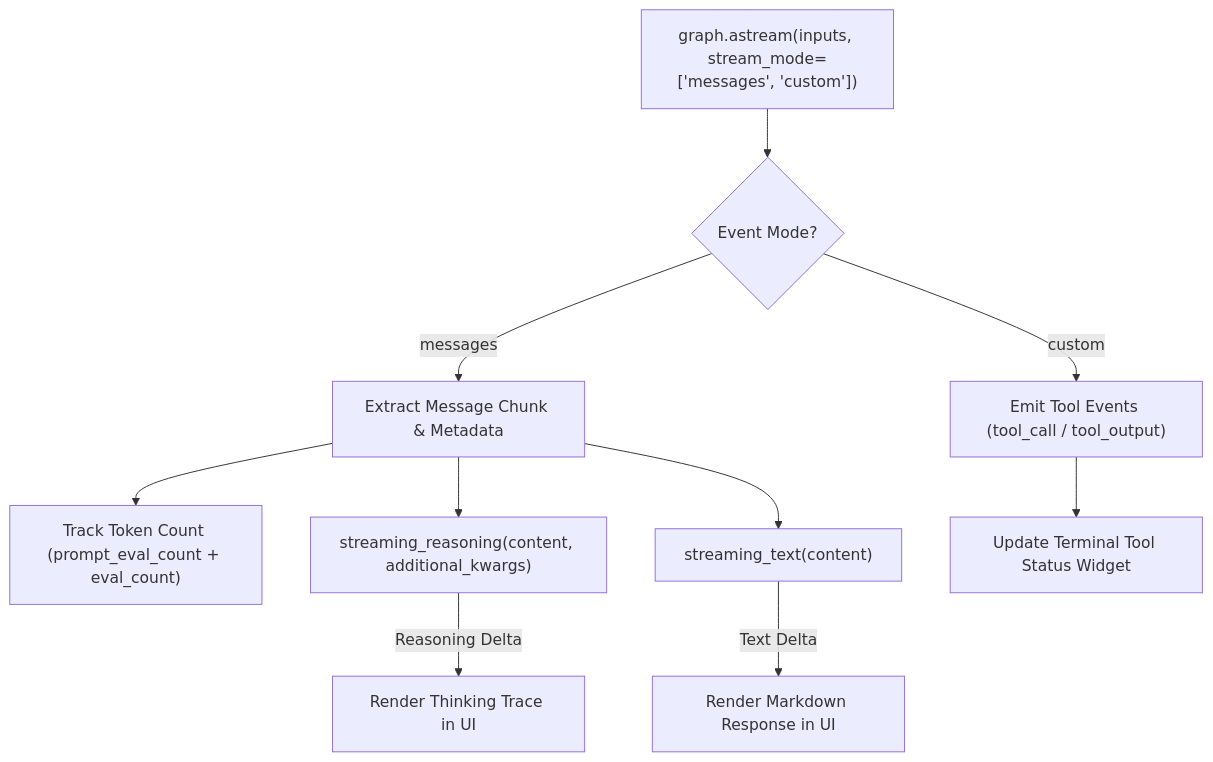
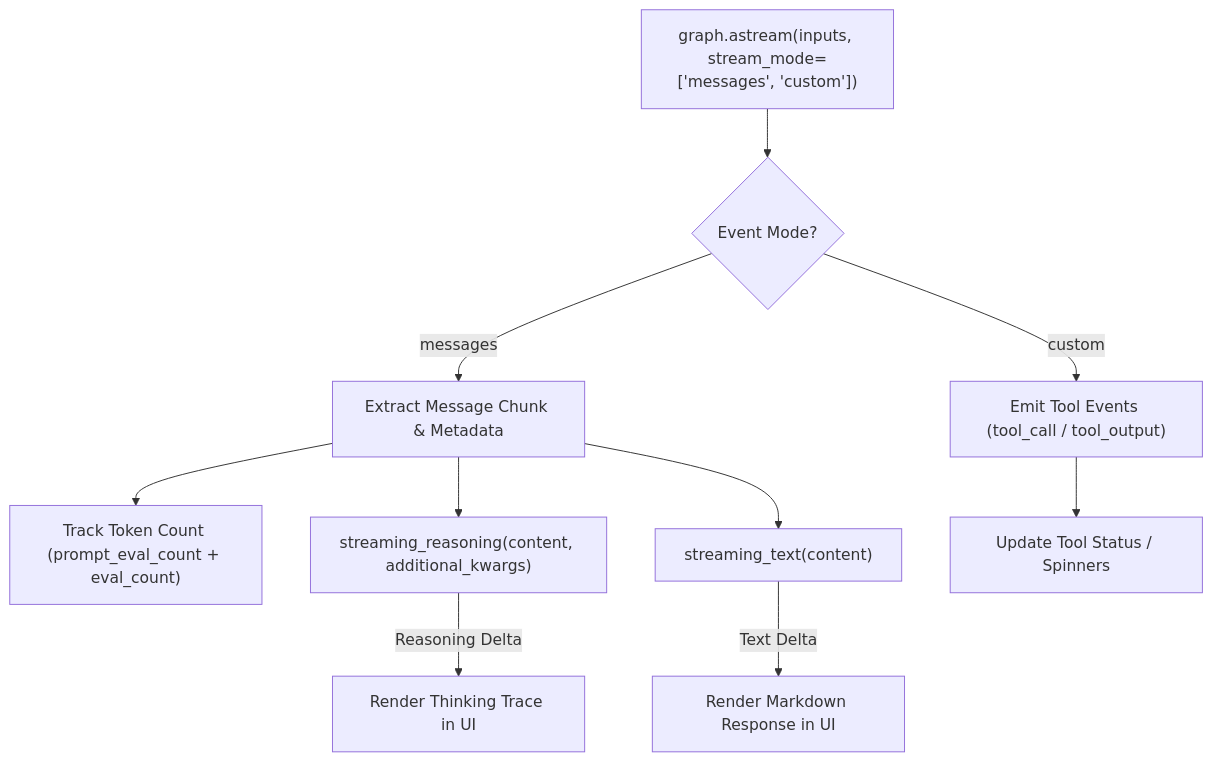
The fifth of 8 diagrams in docs/architecture.md (arrase/ollama-agent), drawn with Mermaid before and after one commit. The commit also changed other lines of this file and 8 other files, not shown here.

````diff
--- a/docs/architecture.md
+++ b/docs/architecture.md
@@ -151,16 +160,16 @@
 ```mermaid
 flowchart TD
     A["graph.astream(inputs, stream_mode=['messages', 'custom'])"] --> B{"Event Mode?"}
     
     B -- "custom" --> C["Emit Tool Events (tool_call / tool_output)"]
     B -- "messages" --> D["Extract Message Chunk & Metadata"]
     
     D --> E["Track Token Count (prompt_eval_count + eval_count)"]
     D --> F["streaming_reasoning(content, additional_kwargs)"]
     D --> G["streaming_text(content)"]
     
     F -- "Reasoning Delta" --> H["Render Thinking Trace in UI"]
     G -- "Text Delta" --> I["Render Markdown Response in UI"]
     
-    C --> J["Update Terminal Tool Status Widget"]
+    C --> J["Update Tool Status / Spinners"]
 ```
````
